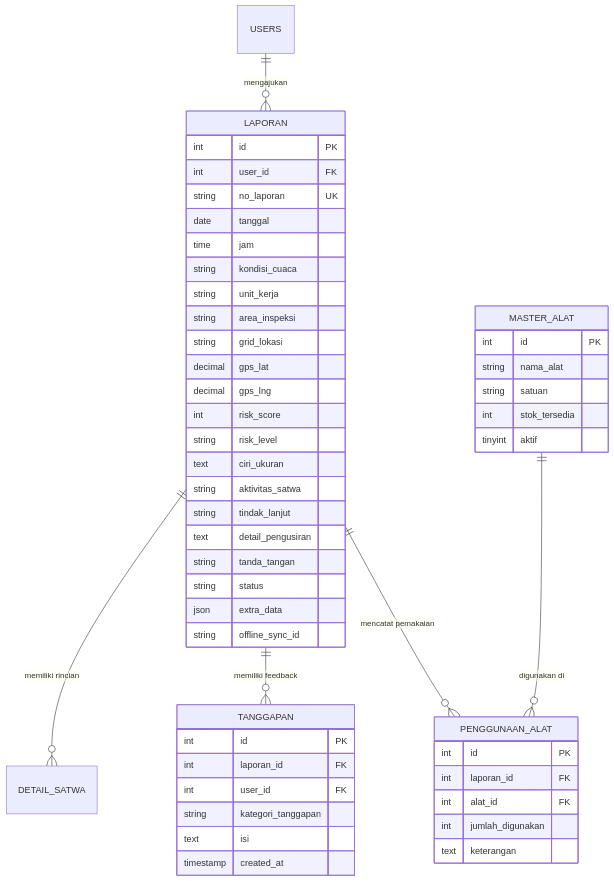
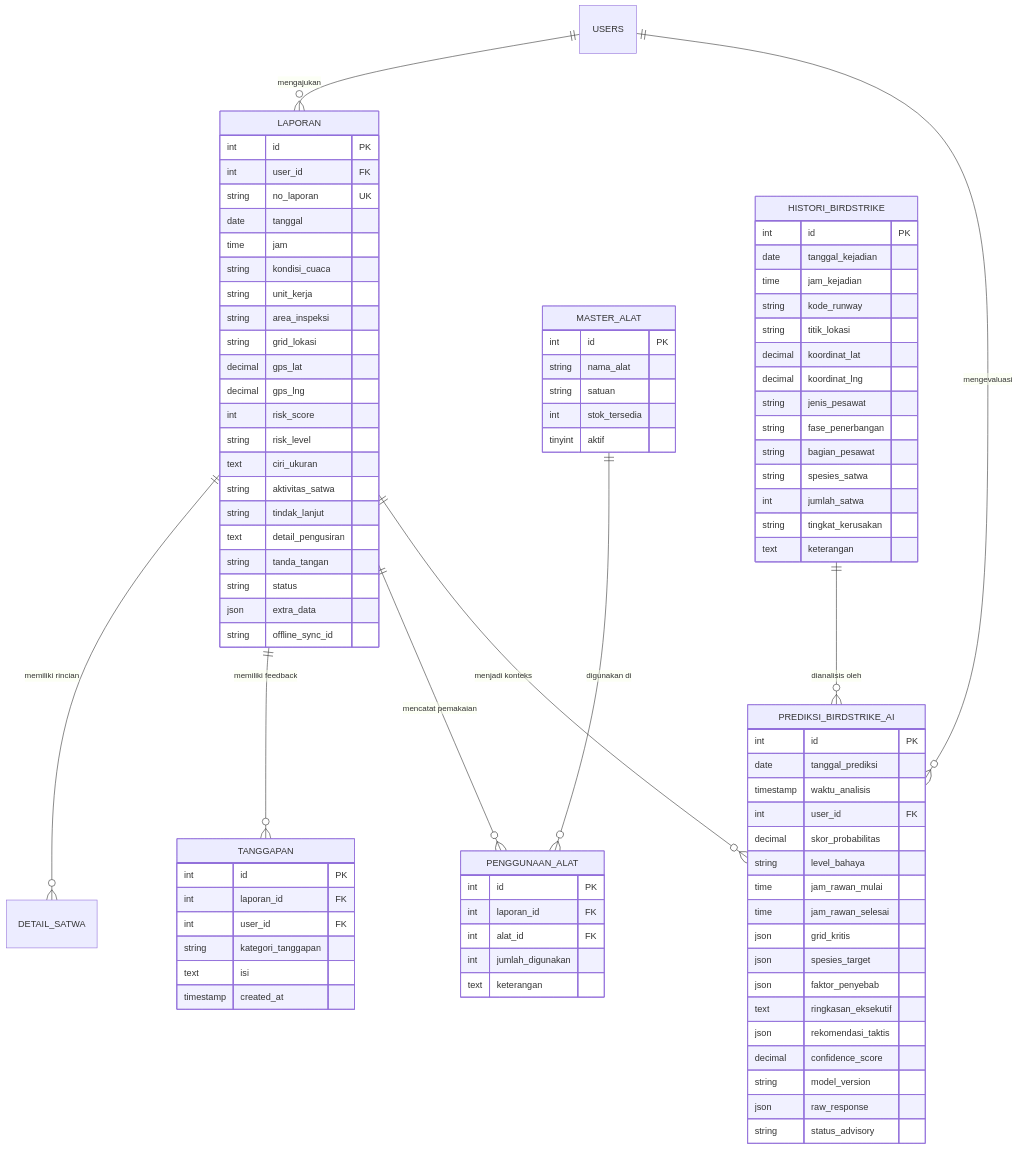
The second of 2 diagrams in prd_v2.md (IhsannulF/Wildlife-Hazard-Management-Logbook-System-AngkasaPura), drawn with Mermaid before and after one commit. The commit also changed other lines of this file and 8 other files, not shown here.

````diff
--- a/prd_v2.md
+++ b/prd_v2.md
@@ -216,6 +308,9 @@
     LAPORAN ||--o{ TANGGAPAN : "memiliki feedback"
     LAPORAN ||--o{ PENGGUNAAN_ALAT : "mencatat pemakaian"
     MASTER_ALAT ||--o{ PENGGUNAAN_ALAT : "digunakan di"
+    HISTORI_BIRDSTRIKE ||--o{ PREDIKSI_BIRDSTRIKE_AI : "dianalisis oleh"
+    LAPORAN ||--o{ PREDIKSI_BIRDSTRIKE_AI : "menjadi konteks"
+    USERS ||--o{ PREDIKSI_BIRDSTRIKE_AI : "mengevaluasi"
 
     LAPORAN {
         int id PK
@@ -265,4 +360,41 @@
         int jumlah_digunakan
         text keterangan
     }
+
+    HISTORI_BIRDSTRIKE {
+        int id PK
+        date tanggal_kejadian
+        time jam_kejadian
+        string kode_runway
+        string titik_lokasi
+        decimal koordinat_lat
+        decimal koordinat_lng
+        string jenis_pesawat
+        string fase_penerbangan
+        string bagian_pesawat
+        string spesies_satwa
+        int jumlah_satwa
+        string tingkat_kerusakan
+        text keterangan
+    }
+
+    PREDIKSI_BIRDSTRIKE_AI {
+        int id PK
+        date tanggal_prediksi
+        timestamp waktu_analisis
+        int user_id FK
+        decimal skor_probabilitas
+        string level_bahaya
+        time jam_rawan_mulai
+        time jam_rawan_selesai
+        json grid_kritis
+        json spesies_target
+        json faktor_penyebab
+        text ringkasan_eksekutif
+        json rekomendasi_taktis
+        decimal confidence_score
+        string model_version
+        json raw_response
+        string status_advisory
+    }
 ```
````
